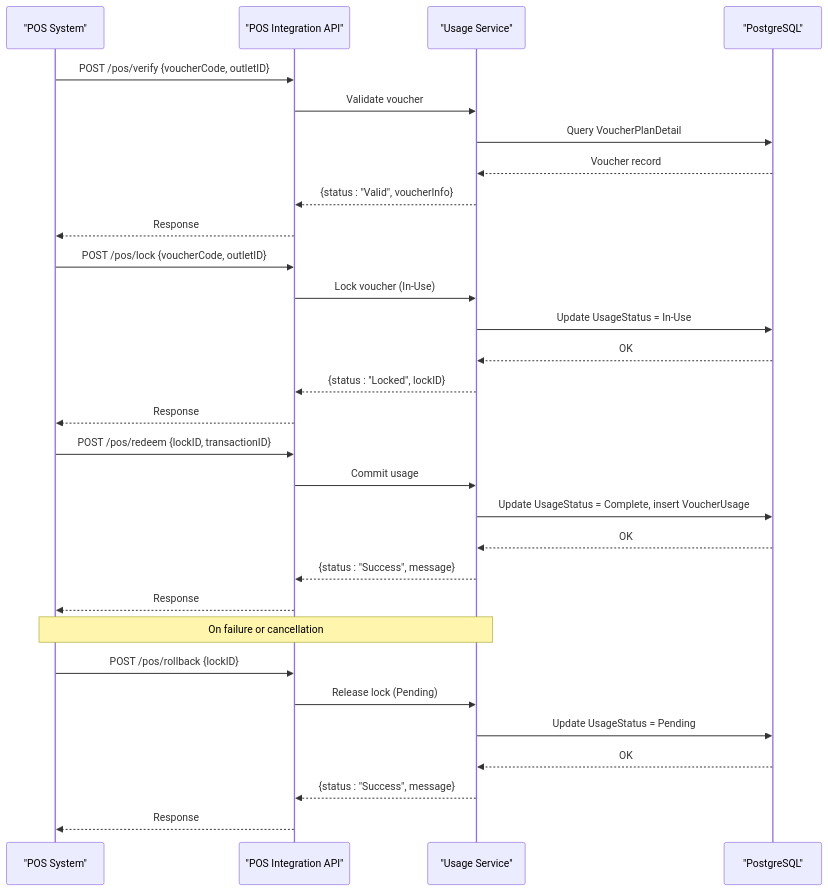
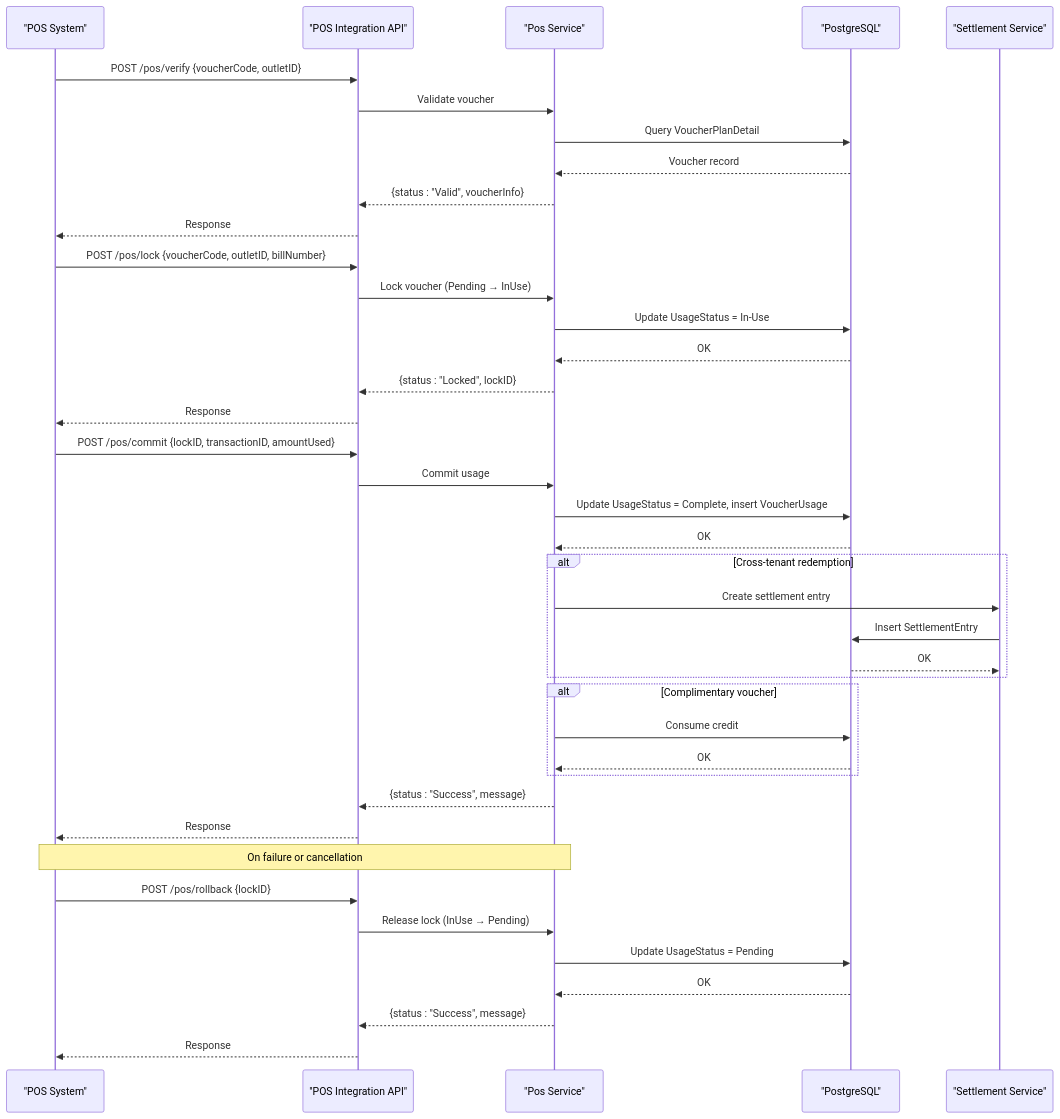
The third of 6 diagrams in .qoder/repowiki/en/content/API Contracts and Integration/POS Integration API/POS Integration API.md (lamhongbac/NonCash), drawn with Mermaid before and after one commit. The commit also changed other lines of this file and 13 other files, not shown here.

````diff
--- a/.qoder/repowiki/en/content/API Contracts and Integration/POS Integration API/POS Integration API.md
+++ b/.qoder/repowiki/en/content/API Contracts and Integration/POS Integration API/POS Integration API.md
@@ -257,32 +308,42 @@
 ```mermaid
 sequenceDiagram
 participant POS as "POS System"
 participant API as "POS Integration API"
-participant SVC as "Usage Service"
+participant SVC as "Pos Service"
 participant DB as "PostgreSQL"
+participant SETT as "Settlement Service"
 POS->>API : POST /pos/verify {voucherCode, outletID}
 API->>SVC : Validate voucher
 SVC->>DB : Query VoucherPlanDetail
 DB-->>SVC : Voucher record
 SVC-->>API : {status : "Valid", voucherInfo}
 API-->>POS : Response
-POS->>API : POST /pos/lock {voucherCode, outletID}
-API->>SVC : Lock voucher (In-Use)
+POS->>API : POST /pos/lock {voucherCode, outletID, billNumber}
+API->>SVC : Lock voucher (Pending → InUse)
 SVC->>DB : Update UsageStatus = In-Use
 DB-->>SVC : OK
 SVC-->>API : {status : "Locked", lockID}
 API-->>POS : Response
-POS->>API : POST /pos/redeem {lockID, transactionID}
+POS->>API : POST /pos/commit {lockID, transactionID, amountUsed}
 API->>SVC : Commit usage
 SVC->>DB : Update UsageStatus = Complete, insert VoucherUsage
 DB-->>SVC : OK
+alt Cross-tenant redemption
+SVC->>SETT : Create settlement entry
+SETT->>DB : Insert SettlementEntry
+DB-->>SETT : OK
+end
+alt Complimentary voucher
+SVC->>DB : Consume credit
+DB-->>SVC : OK
+end
 SVC-->>API : {status : "Success", message}
 API-->>POS : Response
 Note over POS,SVC : On failure or cancellation
 POS->>API : POST /pos/rollback {lockID}
-API->>SVC : Release lock (Pending)
+API->>SVC : Release lock (InUse → Pending)
 SVC->>DB : Update UsageStatus = Pending
 DB-->>SVC : OK
 SVC-->>API : {status : "Success", message}
 API-->>POS : Response
 ```
````
